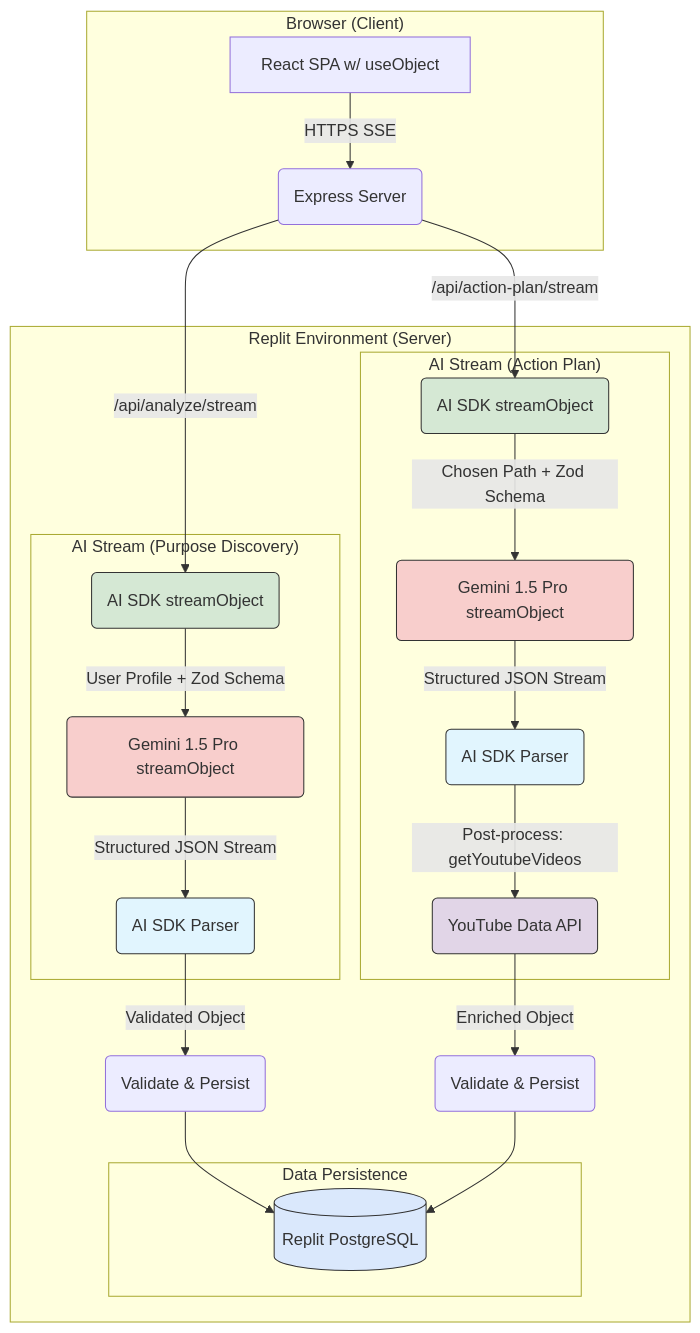
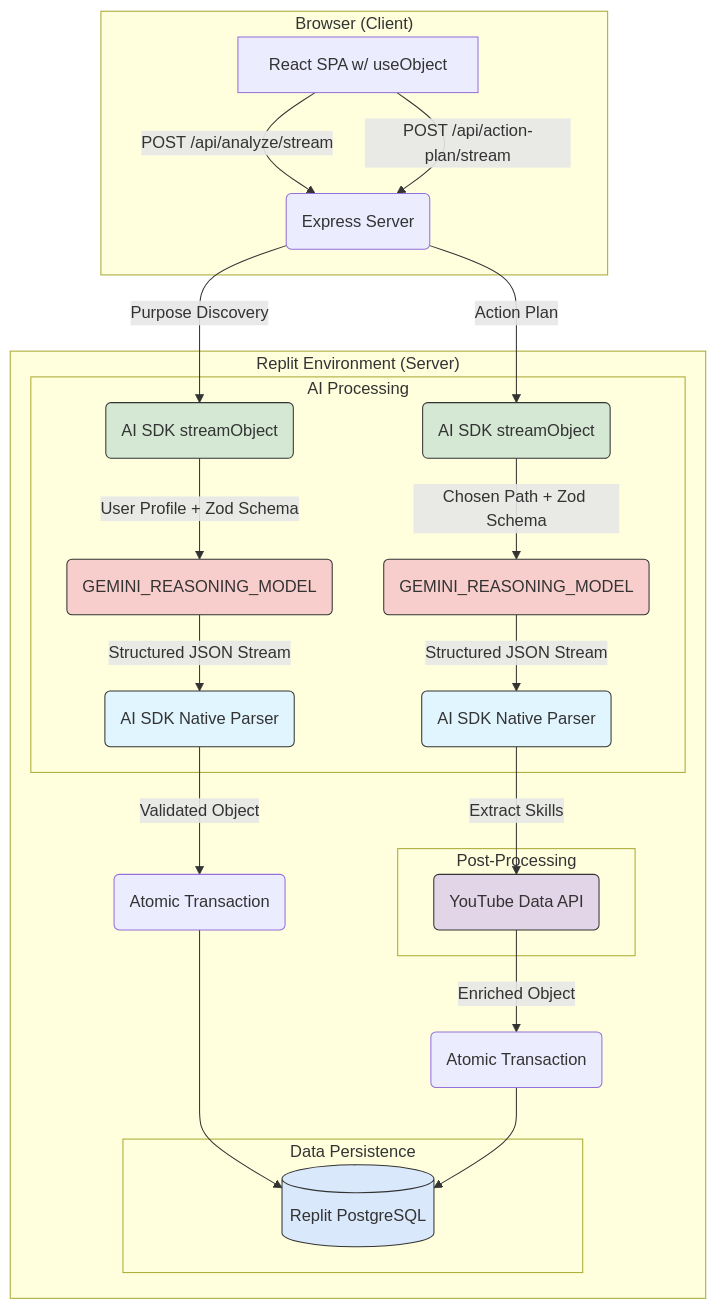
One commit to andres-monge/ikigai changed the diagram in docs/tech-spec.md. Above: the diagram before and after it, drawn with Mermaid. The commit also changed other lines of this file and 2 other files, not shown here.

````diff
--- a/docs/tech-spec.md
+++ b/docs/tech-spec.md
@@ -63,40 +63,41 @@
 ```mermaid
 graph TD
     subgraph "Browser (Client)"
-        C1[React SPA w/ useObject] -->|HTTPS SSE| S1(Express Server)
+        C1[React SPA w/ useObject] -->|POST /api/analyze/stream| S1(Express Server)
+        C1 -->|POST /api/action-plan/stream| S1
     end
 
     subgraph "Replit Environment (Server)"
-        S1 -- "/api/analyze/stream" --> ORC(AI SDK streamObject)
+        S1 -- "Purpose Discovery" --> ORC(AI SDK streamObject)
+        S1 -- "Action Plan" --> ORC2(AI SDK streamObject)
 
-        subgraph "AI Stream (Purpose Discovery)"
-            ORC -- "User Profile + Zod Schema" --> CALL2(Gemini 1.5 Pro streamObject)
-            CALL2 -- "Structured JSON Stream" --> PARSE1(AI SDK Parser)
+        subgraph "AI Processing"
+            ORC -- "User Profile + Zod Schema" --> CALL2(GEMINI_REASONING_MODEL)
+            ORC2 -- "Chosen Path + Zod Schema" --> CALL3(GEMINI_REASONING_MODEL)
+            CALL2 -- "Structured JSON Stream" --> PARSE1(AI SDK Native Parser)
+            CALL3 -- "Structured JSON Stream" --> PARSE2(AI SDK Native Parser)
         end
 
-        S1 -- "/api/action-plan/stream" --> ORC2(AI SDK streamObject)
-        subgraph "AI Stream (Action Plan)"
-            ORC2 -- "Chosen Path + Zod Schema" --> CALL3(Gemini 1.5 Pro streamObject)
-            CALL3 -- "Structured JSON Stream" --> PARSE2(AI SDK Parser)
-            PARSE2 -- "Post-process: getYoutubeVideos" --> YT_API(YouTube Data API)
+        subgraph "Post-Processing"
+            PARSE2 -- "Extract Skills" --> YT_API(YouTube Data API)
         end
 
         subgraph "Data Persistence"
             DB[(Replit PostgreSQL)]
         end
 
-        PARSE1 -- "Validated Object" --> PERSIST1(Validate & Persist)
-        YT_API -- "Enriched Object" --> PERSIST2(Validate & Persist)
+        PARSE1 -- "Validated Object" --> PERSIST1(Atomic Transaction)
+        YT_API -- "Enriched Object" --> PERSIST2(Atomic Transaction)
         PERSIST1 --> DB
         PERSIST2 --> DB
     end
 
     style ORC fill:#d5e8d4,stroke:#333
     style ORC2 fill:#d5e8d4,stroke:#333
     style CALL2 fill:#f8cecc,stroke:#333
     style CALL3 fill:#f8cecc,stroke:#333
     style PARSE1 fill:#e1f5fe,stroke:#333
     style PARSE2 fill:#e1f5fe,stroke:#333
     style YT_API fill:#e1d5e7,stroke:#333
     style DB fill:#dae8fc,stroke:#333
 ```
````
